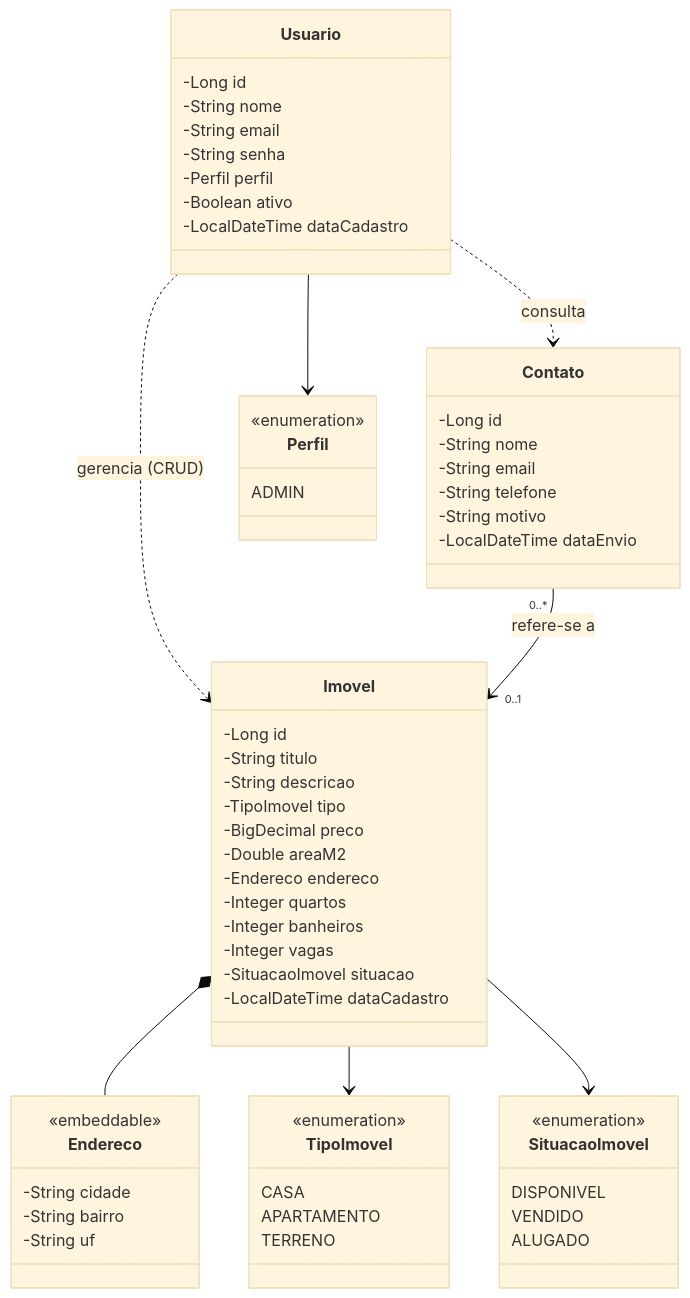
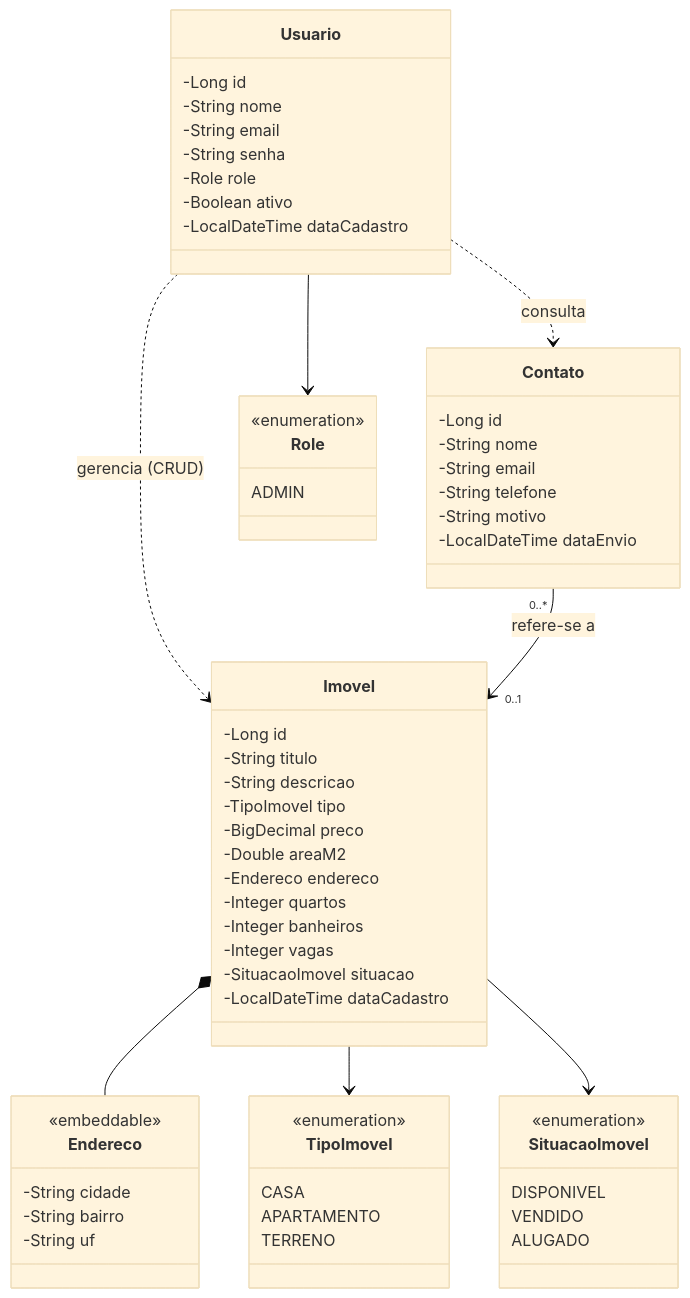
Before and after one commit to victornbjj/lc-construtora-api: the diagram in docs/03-modelagem_dominio.md, drawn with Mermaid (base theme). The commit also changed other lines of this file and 1 other file, not shown here.

Commit message:
fix: alterar o enum perfil para role

````diff
--- a/docs/03-modelagem_dominio.md
+++ b/docs/03-modelagem_dominio.md
@@ -5,70 +5,70 @@
 ```mermaid
 classDiagram
     class Imovel {
         -Long id
         -String titulo
         -String descricao
         -TipoImovel tipo
         -BigDecimal preco
         -Double areaM2
         -Endereco endereco
         -Integer quartos
         -Integer banheiros
         -Integer vagas
         -SituacaoImovel situacao
         -LocalDateTime dataCadastro
     }
 
     class Usuario {
         -Long id
         -String nome
         -String email
         -String senha
-        -Perfil perfil
+        -Role role
         -Boolean ativo
         -LocalDateTime dataCadastro
     }
 
     class Contato {
         -Long id
         -String nome
         -String email
         -String telefone
         -String motivo
         -LocalDateTime dataEnvio
     }
 
     class Endereco {
         <<embeddable>>
         -String cidade
         -String bairro
         -String uf
     }
 
     class TipoImovel {
         <<enumeration>>
         CASA
         APARTAMENTO
         TERRENO
     }
 
     class SituacaoImovel {
         <<enumeration>>
         DISPONIVEL
         VENDIDO
         ALUGADO
     }
 
-    class Perfil {
+    class Role {
         <<enumeration>>
         ADMIN
     }
 
     Imovel *-- Endereco
     Imovel --> TipoImovel
     Imovel --> SituacaoImovel
-    Usuario --> Perfil
+    Usuario --> Role
     Usuario ..> Imovel : gerencia (CRUD)
     Usuario ..> Contato : consulta
     Contato "0..*" --> "0..1" Imovel : refere-se a
 ```
````
